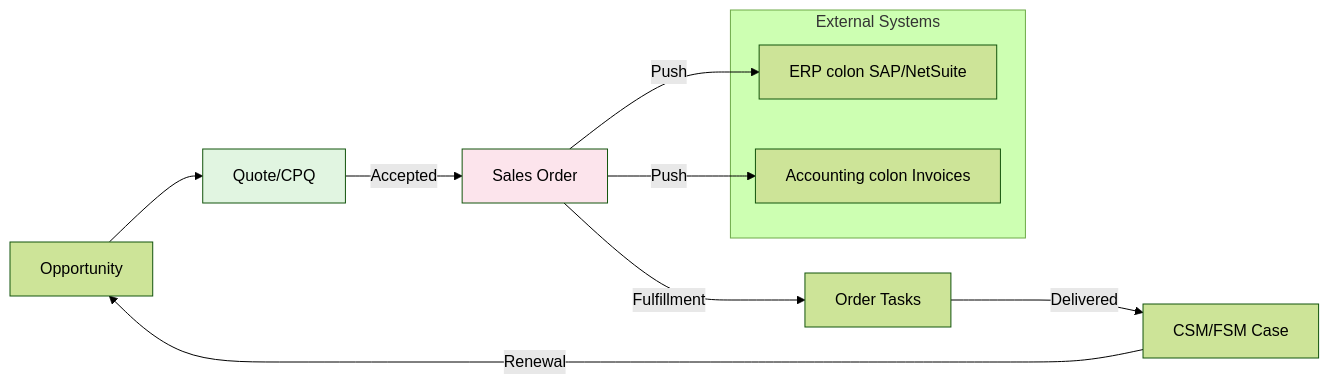
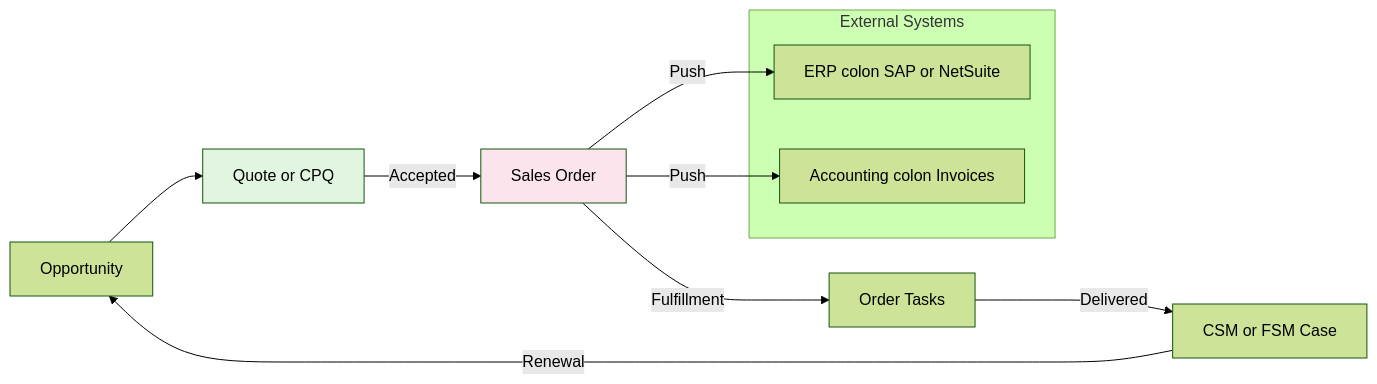
The fourth of 7 diagrams in docs/modules/sales-crm/sales-crm-guide.md (eltonaguiar/ServiceNow_Learning_TSOM-_CSM_FSM_SalesCRM_HAM_ITSM), drawn with Mermaid (forest theme) before and after one commit. The commit also changed other lines of this file and 19 other files, not shown here.

First line of the commit message:
Fix Mermaid diagram syntax errors - replace problematic chars in text content only

````diff
--- a/docs/modules/sales-crm/sales-crm-guide.md
+++ b/docs/modules/sales-crm/sales-crm-guide.md
@@ -745,19 +745,19 @@
 ```mermaid
 graph LR
-    Opp[Opportunity] --> Quote[Quote/CPQ]
+    Opp[Opportunity] --> Quote[Quote or CPQ]
     Quote -->|Accepted| Order[Sales Order]
     Order -->|Fulfillment| Fulfill[Order Tasks]
-    Fulfill -->|Delivered| Service[CSM/FSM Case]
+    Fulfill -->|Delivered| Service[CSM or FSM Case]
     Service -->|Renewal| Opp
 
     subgraph External_Systems [External Systems]
-        ERP[ERP colon  SAP/NetSuite]
+        ERP[ERP colon  SAP or NetSuite]
         Acct[Accounting colon  Invoices]
     end
 
     Order -->|Push| ERP
     Order -->|Push| Acct
 
     style Quote fill:#e1f5e1,color:#000
     style Order fill:#fce4ec,color:#000
 ```
````
